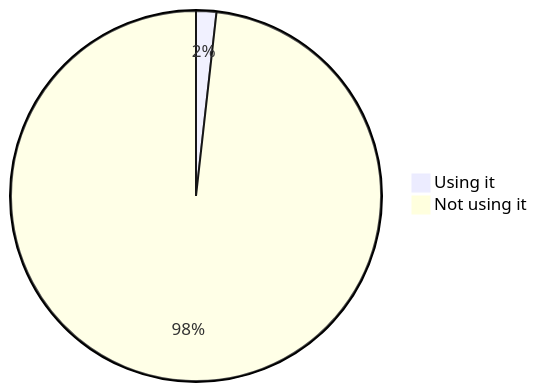
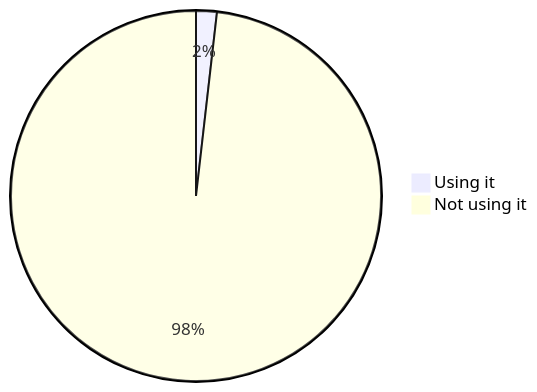
The eighth of 22 diagrams in stats.md (oshp/oshp-stats), drawn with Mermaid before and after one commit. The commit also changed other lines of this file, not shown here.

````diff
--- a/stats.md
+++ b/stats.md
@@ -94,6 +94,6 @@
 ```mermaid
 pie
-	"Using it" : 1.77
-	"Not using it" : 98.23
+	"Using it" : 1.81
+	"Not using it" : 98.19
 
 ```
````
